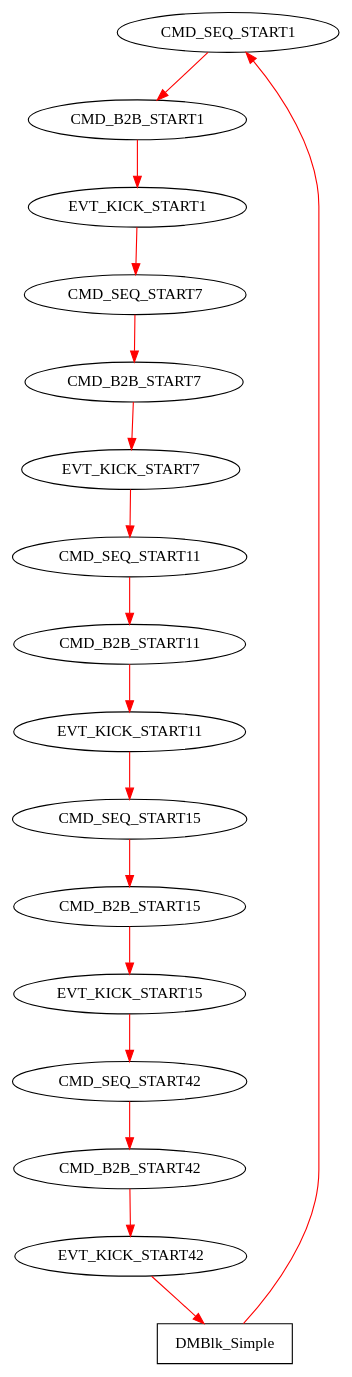
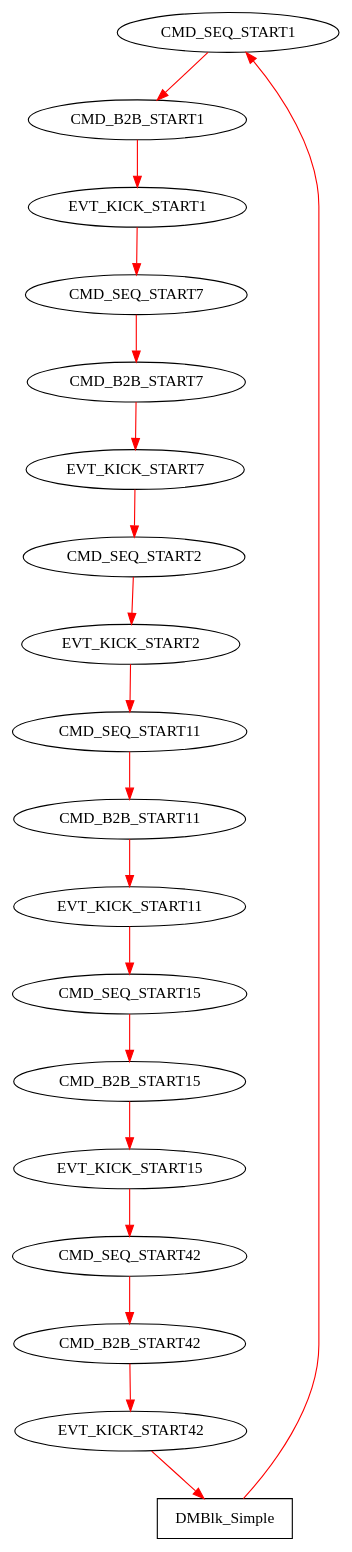
One commit to GSI-CS-CO/bel_projects changed the diagram in modules/b2b/x86/b2b-test.dot. Above: the diagram before and after it, drawn with Graphviz. The commit also changed 6 other files, not shown here.

```diff
--- a/modules/b2b/x86/b2b-test.dot
+++ b/modules/b2b/x86/b2b-test.dot
@@ -1,29 +1,31 @@
 digraph g {
 name="testv1";
 
 graph [rankdir=TB, nodesep=0.6, mindist=0.6, ranksep=0.6, overlap=false]
 node  [type="tmsg",   shape="rectangle", style="filled", fillcolor="white", color="black", cpu="3"]
 edge  [type="defdst", color="red"]
 
 // events mit block
 CMD_SEQ_START1      [type="tmsg",      pattern="B2B_TEST", patentry="true",   toffs=          0, id="0x112c101000100001", par="0x123", shape="oval"];
 CMD_B2B_START1      [type="tmsg",      pattern="B2B_TEST",                    toffs=  100000000, id="0x112c81f000100001", par="0x456", shape="oval"];
 EVT_KICK_START1     [type="tmsg",      pattern="B2B_TEST",                    toffs=  101900000, id="0x112c031000100001", par="0x456", shape="oval"];
 CMD_SEQ_START7      [type="tmsg",      pattern="B2B_TEST",                    toffs=  200000000, id="0x112c101000700001", par="0x123", shape="oval"];
 CMD_B2B_START7      [type="tmsg",      pattern="B2B_TEST",                    toffs=  300000000, id="0x112c81f000700001", par="0x456", shape="oval"];
 EVT_KICK_START7     [type="tmsg",      pattern="B2B_TEST",                    toffs=  301900000, id="0x112c031000700001", par="0x456", shape="oval"];
-CMD_SEQ_START11     [type="tmsg",      pattern="B2B_TEST",                    toffs=  400000000, id="0x1154101000b00001", par="0x123", shape="oval"];
-CMD_B2B_START11     [type="tmsg",      pattern="B2B_TEST",                    toffs=  500000000, id="0x115481f000b00001", par="0x456", shape="oval"];
-EVT_KICK_START11    [type="tmsg",      pattern="B2B_TEST",                    toffs=  501900000, id="0x1154045000b00001", par="0x456", shape="oval"];
-CMD_SEQ_START15     [type="tmsg",      pattern="B2B_TEST",                    toffs=  700000000, id="0x112c101000f00001", par="0x123", shape="oval"];
-CMD_B2B_START15     [type="tmsg",      pattern="B2B_TEST",                    toffs=  800000000, id="0x112c81f000f00001", par="0x456", shape="oval"];
-EVT_KICK_START15    [type="tmsg",      pattern="B2B_TEST",                    toffs=  801900000, id="0x112c031000f00001", par="0x456", shape="oval"];
-CMD_SEQ_START42     [type="tmsg",      pattern="B2B_TEST",                    toffs=  900000000, id="0x112c101004200001", par="0x123", shape="oval"];
-CMD_B2B_START42     [type="tmsg",      pattern="B2B_TEST",                    toffs= 1000000000, id="0x112c81f004200001", par="0x456", shape="oval"];
-EVT_KICK_START42    [type="tmsg",      pattern="B2B_TEST",                    toffs= 1190000000, id="0x112c031004200001", par="0x456", shape="oval"];
+CMD_SEQ_START2      [type="tmsg",      pattern="B2B_TEST",                    toffs=  400000000, id="0x1154101000200001", par="0x123", shape="oval"];
+EVT_KICK_START2     [type="tmsg",      pattern="B2B_TEST",                    toffs=  501900000, id="0x1154031000200001", par="0x456", shape="oval"];
+CMD_SEQ_START11     [type="tmsg",      pattern="B2B_TEST",                    toffs=  600000000, id="0x1154101000b00001", par="0x123", shape="oval"];
+CMD_B2B_START11     [type="tmsg",      pattern="B2B_TEST",                    toffs=  700000000, id="0x115481f000b00001", par="0x456", shape="oval"];
+EVT_KICK_START11    [type="tmsg",      pattern="B2B_TEST",                    toffs=  701900000, id="0x1154045000b00001", par="0x456", shape="oval"];
+CMD_SEQ_START15     [type="tmsg",      pattern="B2B_TEST",                    toffs=  800000000, id="0x112c101000f00001", par="0x123", shape="oval"];
+CMD_B2B_START15     [type="tmsg",      pattern="B2B_TEST",                    toffs=  900000000, id="0x112c81f000f00001", par="0x456", shape="oval"];
+EVT_KICK_START15    [type="tmsg",      pattern="B2B_TEST",                    toffs=  901900000, id="0x112c031000f00001", par="0x456", shape="oval"];
+CMD_SEQ_START42     [type="tmsg",      pattern="B2B_TEST",                    toffs= 1000000000, id="0x112c101004200001", par="0x123", shape="oval"];
+CMD_B2B_START42     [type="tmsg",      pattern="B2B_TEST",                    toffs= 1100000000, id="0x112c81f004200001", par="0x456", shape="oval"];
+EVT_KICK_START42    [type="tmsg",      pattern="B2B_TEST",                    toffs= 1290000000, id="0x112c031004200001", par="0x456", shape="oval"];
 
-DMBlk_Simple        [type="block",     pattern="B2B_TEST", patexit="true",  tperiod= 1200000000];                                 
+DMBlk_Simple        [type="block",     pattern="B2B_TEST", patexit="true",  tperiod= 1300000000];                                 
 
 // sequenz
-CMD_SEQ_START1 -> CMD_B2B_START1 -> EVT_KICK_START1 -> CMD_SEQ_START7 -> CMD_B2B_START7 -> EVT_KICK_START7 -> CMD_SEQ_START11 -> CMD_B2B_START11 -> EVT_KICK_START11 -> CMD_SEQ_START15 -> CMD_B2B_START15 -> EVT_KICK_START15 -> CMD_SEQ_START42 -> CMD_B2B_START42 -> EVT_KICK_START42 -> DMBlk_Simple -> CMD_SEQ_START1;
+CMD_SEQ_START1 -> CMD_B2B_START1 -> EVT_KICK_START1 -> CMD_SEQ_START7 -> CMD_B2B_START7 -> EVT_KICK_START7 -> CMD_SEQ_START2 -> EVT_KICK_START2 -> CMD_SEQ_START11 -> CMD_B2B_START11 -> EVT_KICK_START11 -> CMD_SEQ_START15 -> CMD_B2B_START15 -> EVT_KICK_START15 -> CMD_SEQ_START42 -> CMD_B2B_START42 -> EVT_KICK_START42 -> DMBlk_Simple -> CMD_SEQ_START1;
 }
```
